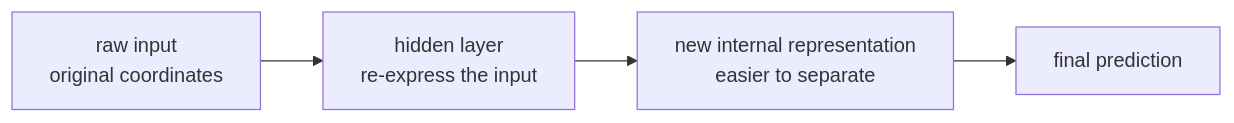
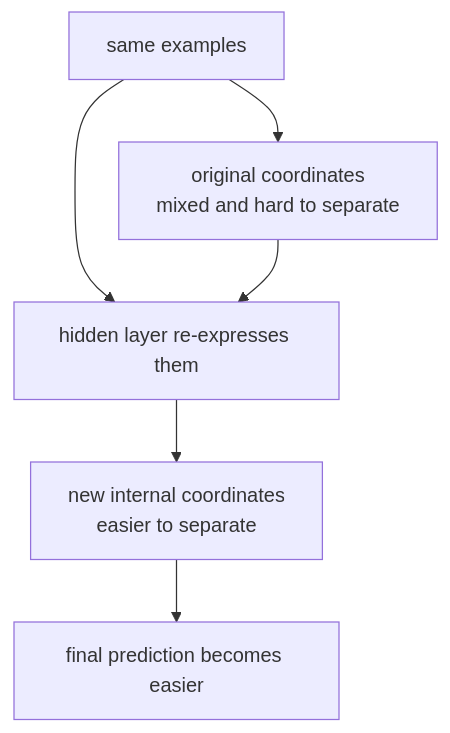
One commit to devchan64/AiBook changed the diagram in docs/parts/part-04/chapter-02/section-02.md. Above: the diagram before and after it, drawn with Mermaid. The commit also changed other lines of this file and 9 other files, not shown here.

````diff
--- a/docs/parts/part-04/chapter-02/section-02.md
+++ b/docs/parts/part-04/chapter-02/section-02.md
@@ -88,9 +88,12 @@
 ```mermaid
-flowchart LR
-  A["raw input<br/>original coordinates"]
-  B["hidden layer<br/>re-express the input"]
-  C["new internal representation<br/>easier to separate"]
-  D["final prediction"]
+flowchart TD
+  A["same examples"]
+  B["original coordinates<br/>mixed and hard to separate"]
+  C["hidden layer re-expresses them"]
+  D["new internal coordinates<br/>easier to separate"]
+  E["final prediction becomes easier"]
 
-  A --> B --> C --> D
+  A --> B
+  A --> C
+  B --> C --> D --> E
 ```
````
